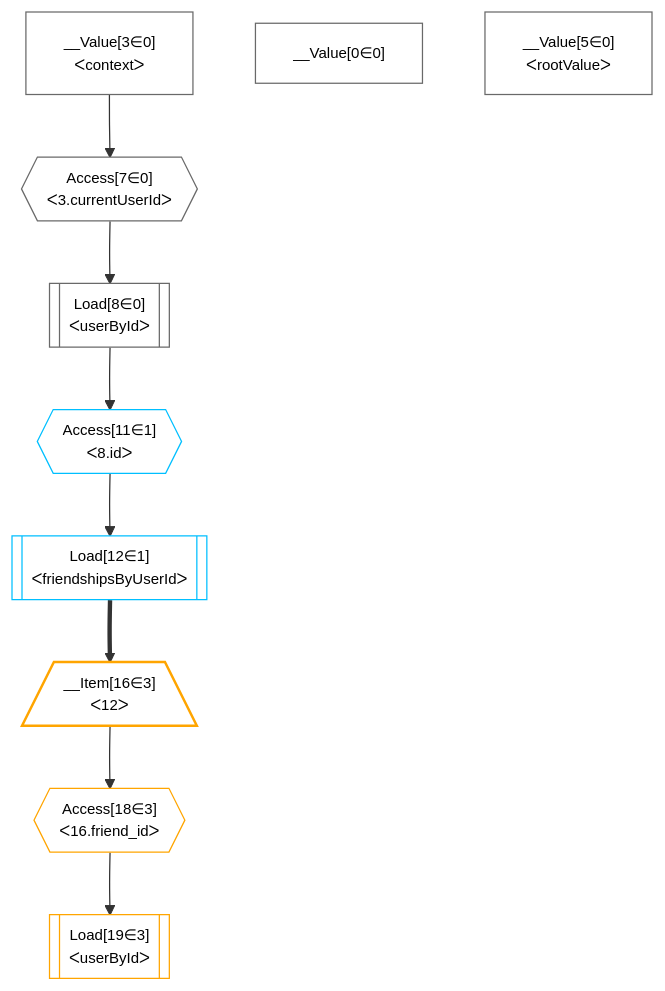
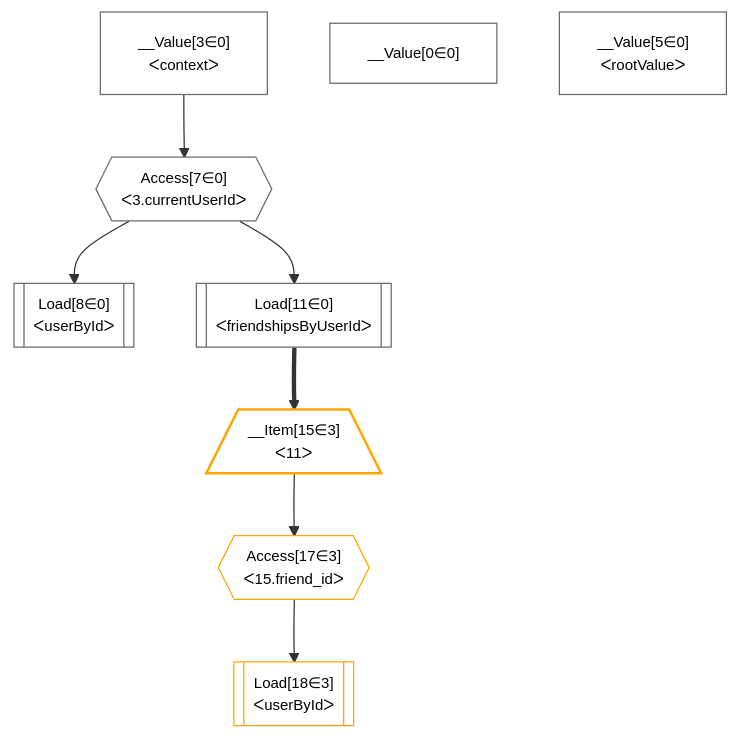
One commit to graphile/crystal changed the diagram in grafast/website/examples/users-and-friends/plan-simplified.mermaid. Above: the diagram before and after it, drawn with Mermaid. The commit also changed 3 other files, not shown here.

```diff
--- a/grafast/website/examples/users-and-friends/plan-simplified.mermaid
+++ b/grafast/website/examples/users-and-friends/plan-simplified.mermaid
@@ -1,39 +1,37 @@
 %%{init: {'themeVariables': { 'fontSize': '12px'}}}%%
 flowchart TD
     classDef path fill:#eee,stroke:#000,color:#000
     classDef plan fill:#fff,stroke-width:1px,color:#000
     classDef itemplan fill:#fff,stroke-width:2px,color:#000
     classDef unbatchedplan fill:#dff,stroke-width:1px,color:#000
     classDef sideeffectplan fill:#fcc,stroke-width:2px,color:#000
     classDef bucket fill:#f6f6f6,color:#000,stroke-width:2px,text-align:left
 
 
     %% plan dependencies
     Access7{{"Access[7∈0]<br />ᐸ3.currentUserIdᐳ"}}:::plan
     __Value3["__Value[3∈0]<br />ᐸcontextᐳ"]:::plan
     __Value3 --> Access7
     Load8[["Load[8∈0]<br />ᐸuserByIdᐳ"]]:::plan
     Access7 --> Load8
+    Load11[["Load[11∈0]<br />ᐸfriendshipsByUserIdᐳ"]]:::plan
+    Access7 --> Load11
     __Value0["__Value[0∈0]"]:::plan
     __Value5["__Value[5∈0]<br />ᐸrootValueᐳ"]:::plan
-    Access11{{"Access[11∈1]<br />ᐸ8.idᐳ"}}:::plan
-    Load8 --> Access11
-    Load12[["Load[12∈1]<br />ᐸfriendshipsByUserIdᐳ"]]:::plan
-    Access11 --> Load12
-    __Item16[/"__Item[16∈3]<br />ᐸ12ᐳ"\]:::itemplan
-    Load12 ==> __Item16
-    Access18{{"Access[18∈3]<br />ᐸ16.friend_idᐳ"}}:::plan
-    __Item16 --> Access18
-    Load19[["Load[19∈3]<br />ᐸuserByIdᐳ"]]:::plan
-    Access18 --> Load19
+    __Item15[/"__Item[15∈3]<br />ᐸ11ᐳ"\]:::itemplan
+    Load11 ==> __Item15
+    Access17{{"Access[17∈3]<br />ᐸ15.friend_idᐳ"}}:::plan
+    __Item15 --> Access17
+    Load18[["Load[18∈3]<br />ᐸuserByIdᐳ"]]:::plan
+    Access17 --> Load18
 
     %% define steps
 
     classDef bucket0 stroke:#696969
-    class Bucket0,__Value0,__Value3,__Value5,Access7,Load8 bucket0
+    class Bucket0,__Value0,__Value3,__Value5,Access7,Load8,Load11 bucket0
     classDef bucket1 stroke:#00bfff
-    class Bucket1,Access11,Load12 bucket1
+    class Bucket1 bucket1
     classDef bucket3 stroke:#ffa500
-    class Bucket3,__Item16,Access18,Load19 bucket3
+    class Bucket3,__Item15,Access17,Load18 bucket3
     classDef bucket4 stroke:#0000ff
     class Bucket4 bucket4
```
